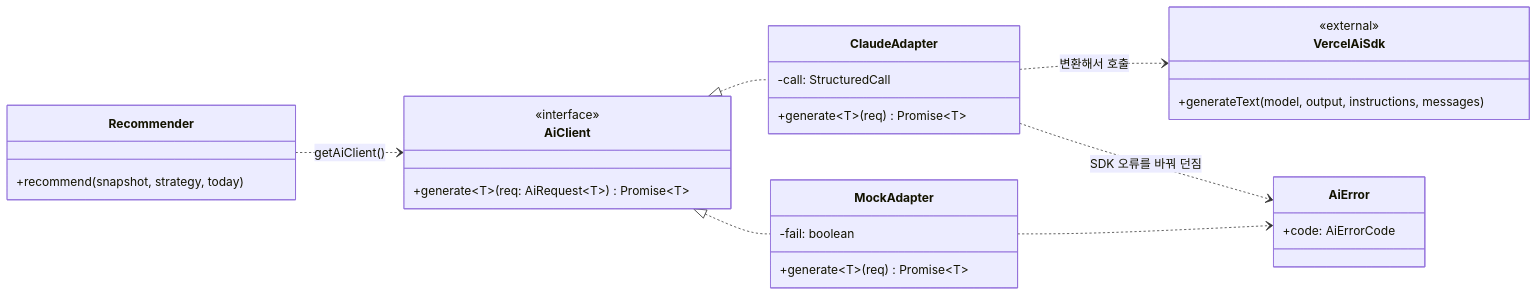
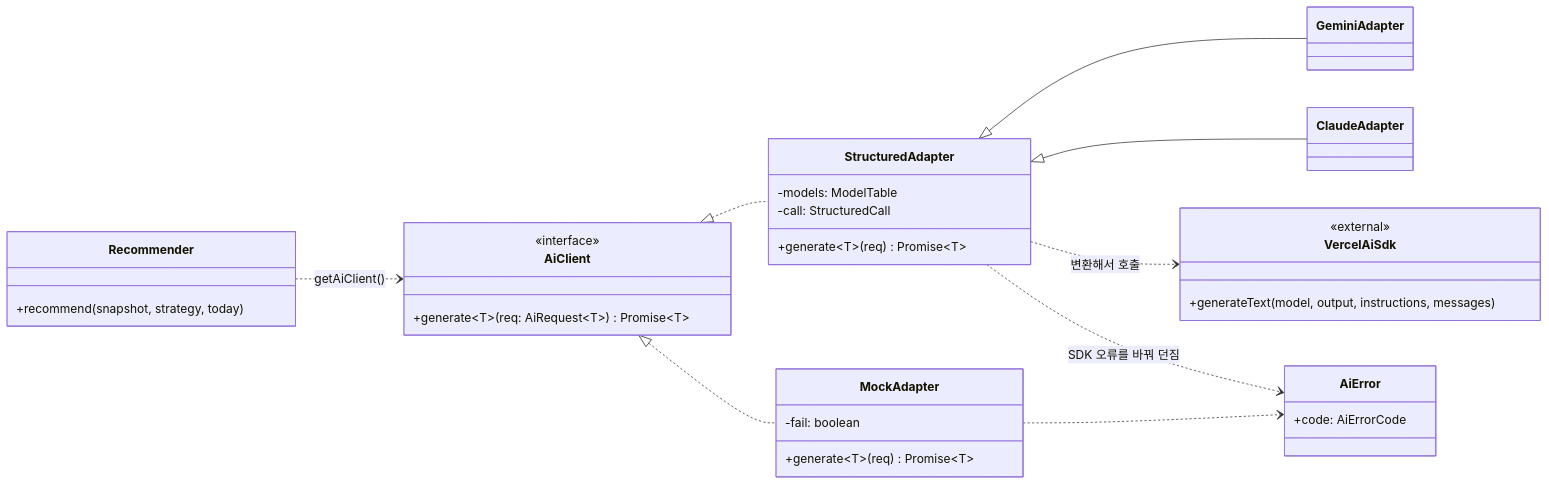
One commit to semicolon213/infood changed the sixth of 12 diagrams in docs/06_ARCHITECTURE.md. Above: the diagram before and after it, drawn with Mermaid. The commit also changed other lines of this file and 10 other files, not shown here.

````diff
--- a/docs/06_ARCHITECTURE.md
+++ b/docs/06_ARCHITECTURE.md
@@ -296,32 +299,37 @@
 ```mermaid
 classDiagram
     direction LR
     class AiClient {
       <<interface>>
       +generate~T~(req: AiRequest~T~) Promise~T~
     }
-    class ClaudeAdapter {
+    class StructuredAdapter {
+      -models: ModelTable
       -call: StructuredCall
       +generate~T~(req) Promise~T~
     }
+    class GeminiAdapter
+    class ClaudeAdapter
     class MockAdapter {
       -fail: boolean
       +generate~T~(req) Promise~T~
     }
     class VercelAiSdk {
       <<external>>
       +generateText(model, output, instructions, messages)
     }
     class AiError {
       +code: AiErrorCode
     }
     class Recommender {
       +recommend(snapshot, strategy, today)
     }
-    AiClient <|.. ClaudeAdapter
+    AiClient <|.. StructuredAdapter
+    StructuredAdapter <|-- GeminiAdapter
+    StructuredAdapter <|-- ClaudeAdapter
     AiClient <|.. MockAdapter
-    ClaudeAdapter ..> VercelAiSdk : 변환해서 호출
-    ClaudeAdapter ..> AiError : SDK 오류를 바꿔 던짐
+    StructuredAdapter ..> VercelAiSdk : 변환해서 호출
+    StructuredAdapter ..> AiError : SDK 오류를 바꿔 던짐
     MockAdapter ..> AiError
     Recommender ..> AiClient : getAiClient()
 ```
````
